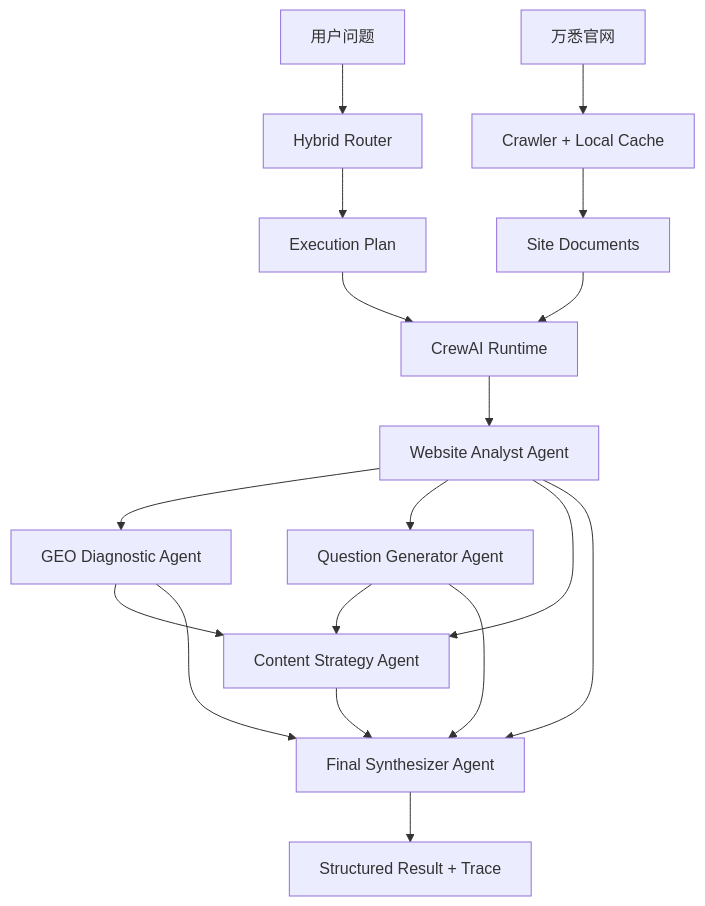
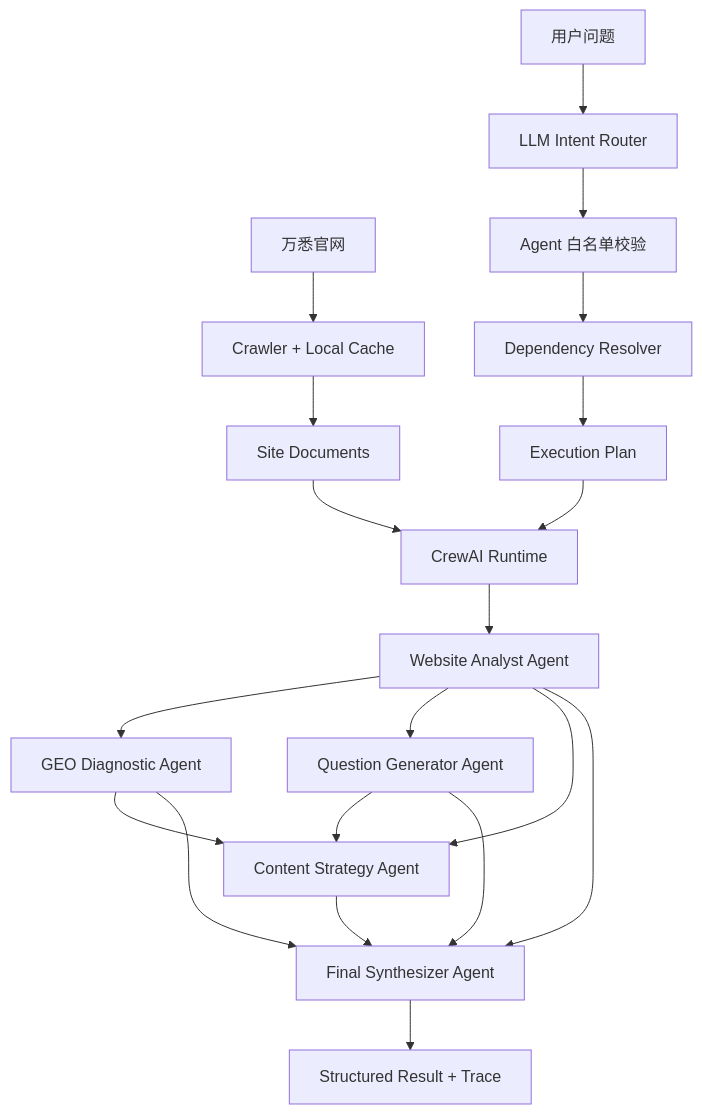
One commit to chromiii/WANXI-multiagent changed the diagram in README.md. Above: the diagram before and after it, drawn with Mermaid. The commit also changed other lines of this file and 4 other files, not shown here.

````diff
--- a/README.md
+++ b/README.md
@@ -36,24 +40,26 @@
 ```mermaid
 flowchart TD
-    U[用户问题] --> R[Hybrid Router]
+    U[用户问题] --> R[LLM Intent Router]
     W[万悉官网] --> C[Crawler + Local Cache]
     C --> K[Site Documents]
-    R --> P[Execution Plan]
+    R --> V[Agent 白名单校验]
+    V --> D[Dependency Resolver]
+    D --> P[Execution Plan]
 
     P --> CR[CrewAI Runtime]
     K --> CR
 
     CR --> A1[Website Analyst Agent]
     A1 --> A2[GEO Diagnostic Agent]
     A1 --> A3[Question Generator Agent]
     A1 --> A4[Content Strategy Agent]
     A2 --> A4
     A3 --> A4
 
     A1 --> S[Final Synthesizer Agent]
     A2 --> S
     A3 --> S
     A4 --> S
 
     S --> O[Structured Result + Trace]
 ```
````
